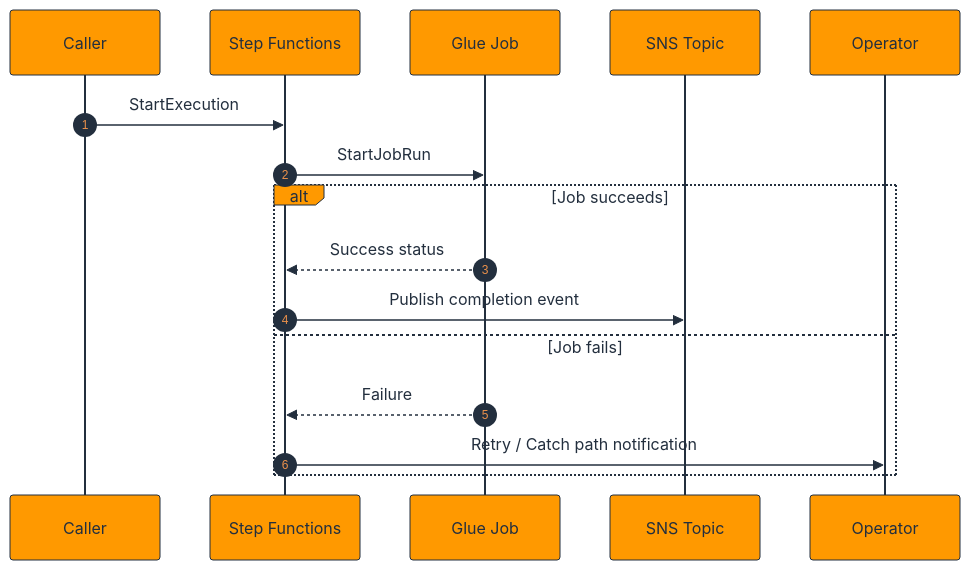
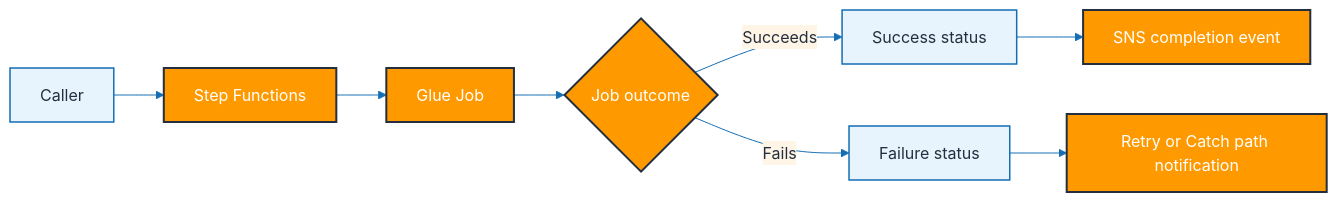
One commit to ShasidharReddy/AWS-Cloud-Engineer changed diagram 19 of 29 in DataPipeline/README.md. Above: the diagram before and after it, drawn with Mermaid. The commit also changed other lines of this file and 14 other files, not shown here.

Commit message:
fix: resolve Mermaid rendering errors and add official AWS documentation links (#4)

````diff
--- a/DataPipeline/README.md
+++ b/DataPipeline/README.md
@@ -1301,19 +1299,15 @@
 ```mermaid
 %%{init: {"theme":"base","themeVariables":{"primaryColor":"#FF9900","primaryTextColor":"#232F3E","primaryBorderColor":"#232F3E","lineColor":"#146EB4","secondaryColor":"#FFF5E6","tertiaryColor":"#E8F4FD","fontFamily":"Arial"}}}%%
-sequenceDiagram
-  autonumber
-  participant Caller as Caller
-  participant SFN as Step Functions
-  participant Glue as Glue Job
-  participant SNS as SNS Topic
-  participant Ops as Operator
-  Caller->>SFN: StartExecution
-  SFN->>Glue: StartJobRun
-  alt Job succeeds
-    Glue-->>SFN: Success status
-    SFN->>SNS: Publish completion event
-  else Job fails
-    Glue-->>SFN: Failure
-    SFN->>Ops: Retry / Catch path notification
-  end
+flowchart LR
+  Caller[Caller] --> SFN[Step Functions]
+  SFN --> Glue[Glue Job]
+  Glue --> Outcome{Job outcome}
+  Outcome -->|Succeeds| Success[Success status]
+  Success --> SNS[SNS completion event]
+  Outcome -->|Fails| Failure[Failure status]
+  Failure --> Ops[Retry or Catch path notification]
+  classDef aws fill:#FF9900,stroke:#232F3E,color:#FFFFFF,stroke-width:2px;
+  classDef data fill:#E8F4FD,stroke:#146EB4,color:#232F3E,stroke-width:1.5px;
+  class SFN,Glue,SNS,Ops,Outcome aws;
+  class Caller,Success,Failure data;
 ```
````
